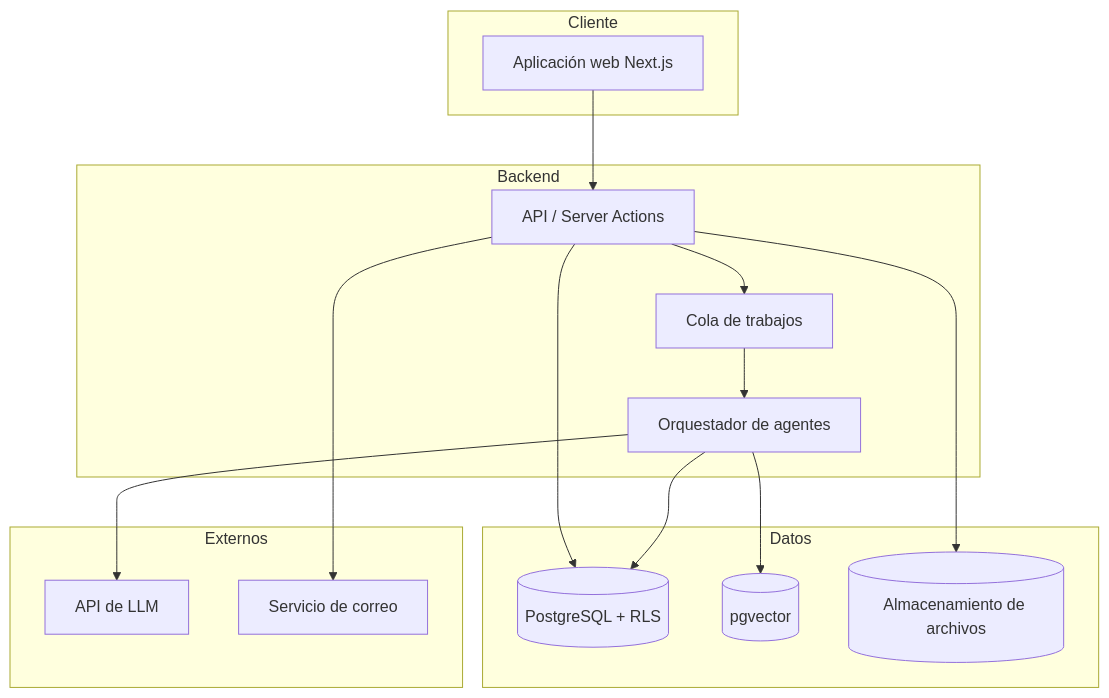
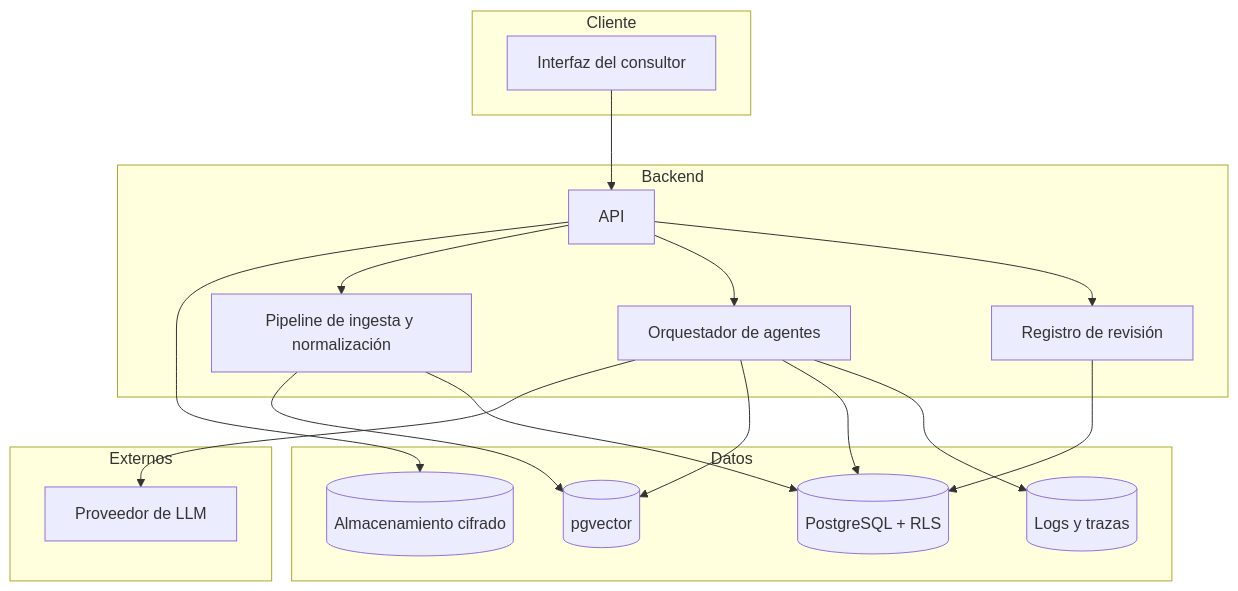
Before and after one commit to armandoordonez/agenteconsultor: the second of 3 diagrams in proyecto/plan.md, drawn with Mermaid. The commit also changed other lines of this file, not shown here.

````diff
--- a/proyecto/plan.md
+++ b/proyecto/plan.md
@@ -278,33 +327,33 @@
 ```mermaid
 flowchart TB
     subgraph Cliente
-        UI[Aplicación web Next.js]
+        UI[Interfaz del consultor]
     end
-
     subgraph Backend
-        API[API / Server Actions]
-        JOBS[Cola de trabajos]
-        AGENTS[Orquestador de agentes]
+        API[API]
+        ING[Pipeline de ingesta y normalización]
+        ORQ[Orquestador de agentes]
+        HITL[Registro de revisión]
     end
-
     subgraph Datos
         DB[(PostgreSQL + RLS)]
         VEC[(pgvector)]
-        STO[(Almacenamiento de archivos)]
+        STO[(Almacenamiento cifrado)]
+        LOG[(Logs y trazas)]
     end
-
     subgraph Externos
-        LLM[API de LLM]
-        MAIL[Servicio de correo]
+        LLM[Proveedor de LLM]
     end
-
     UI --> API
-    API --> DB
     API --> STO
-    API --> JOBS
-    JOBS --> AGENTS
-    AGENTS --> LLM
-    AGENTS --> VEC
-    AGENTS --> DB
-    API --> MAIL
+    API --> ING
+    ING --> VEC
+    ING --> DB
+    API --> ORQ
+    ORQ --> LLM
+    ORQ --> VEC
+    ORQ --> DB
+    ORQ --> LOG
+    API --> HITL
+    HITL --> DB
 ```
````
